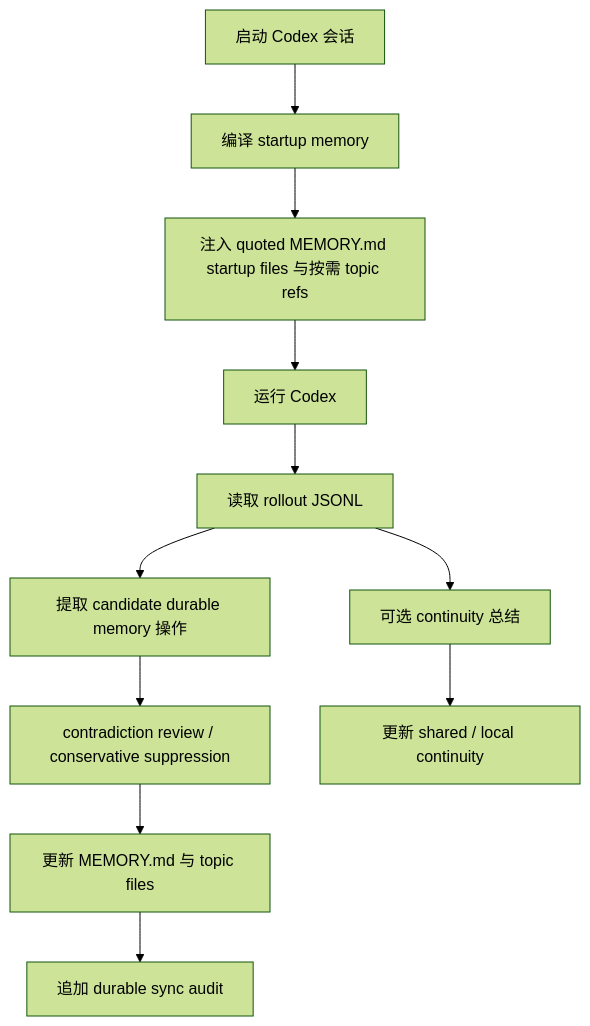
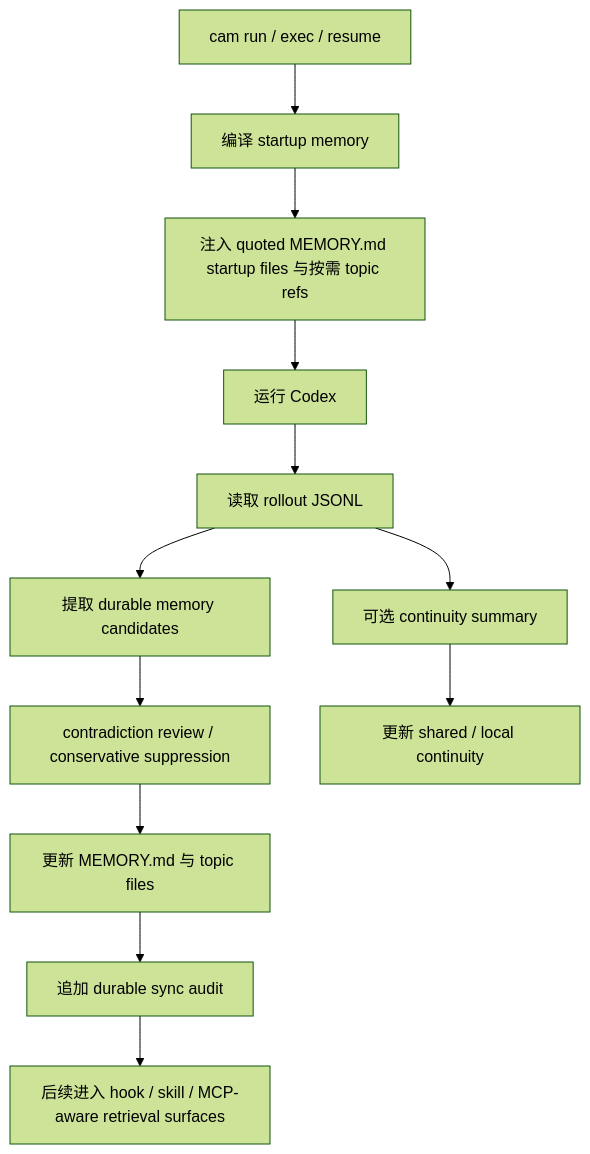
Before and after one commit to Boulea7/Codex-Auto-Memory: the diagram in README.md, drawn with Mermaid (forest theme). The commit also changed other lines of this file and 15 other files, not shown here.

````diff
--- a/README.md
+++ b/README.md
@@ -206,13 +239,14 @@
 ```mermaid
 flowchart TD
-    A[启动 Codex 会话] --> B[编译 startup memory]
+    A[cam run / exec / resume] --> B[编译 startup memory]
     B --> C[注入 quoted MEMORY.md startup files 与按需 topic refs]
     C --> D[运行 Codex]
     D --> E[读取 rollout JSONL]
-    E --> F[提取 candidate durable memory 操作]
-    E --> G[可选 continuity 总结]
+    E --> F[提取 durable memory candidates]
+    E --> G[可选 continuity summary]
     F --> H[contradiction review / conservative suppression]
     H --> I[更新 MEMORY.md 与 topic files]
     I --> J[追加 durable sync audit]
     G --> K[更新 shared / local continuity]
+    J --> L[后续进入 hook / skill / MCP-aware retrieval surfaces]
 ```
````
